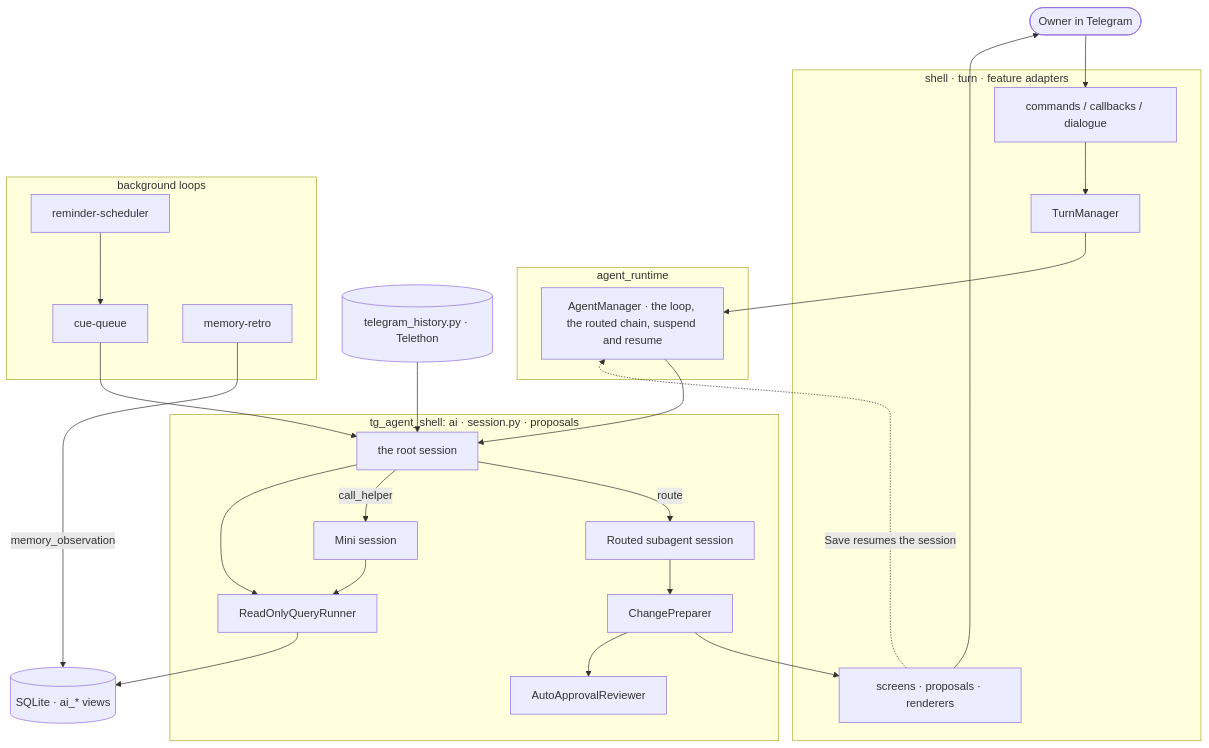
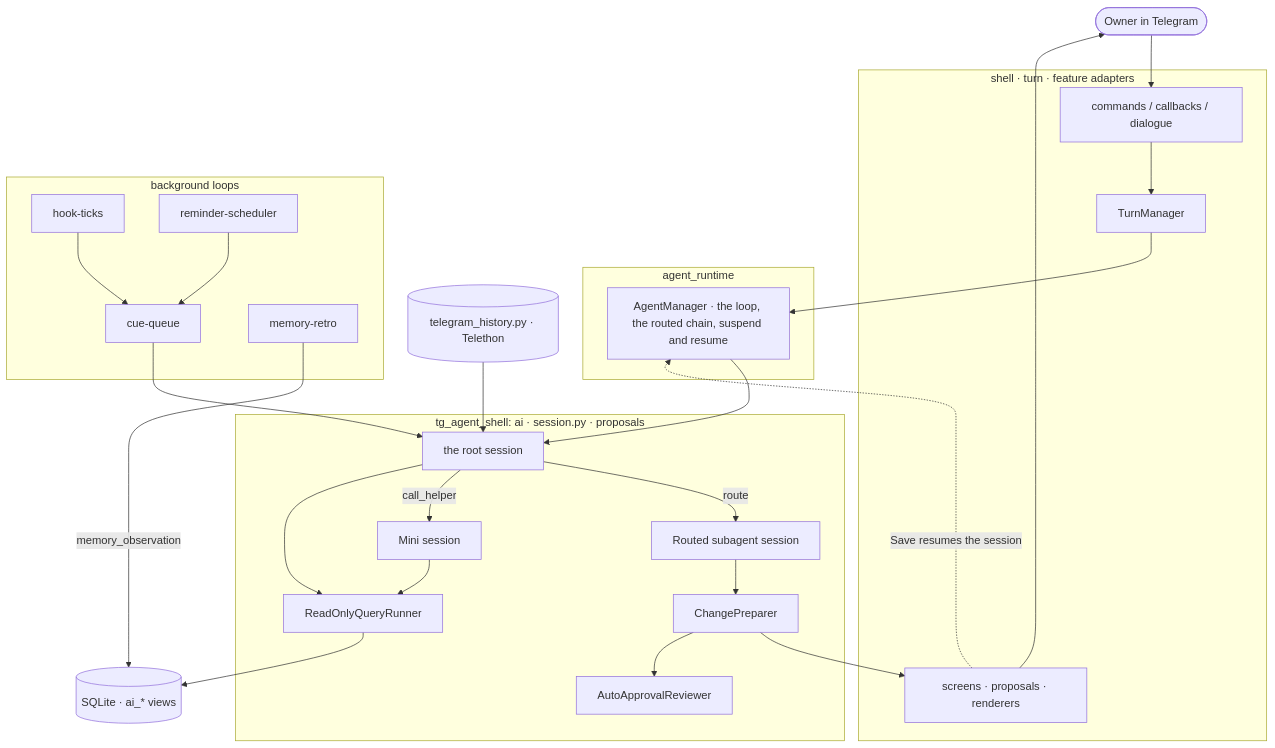
The third of 13 diagrams in docs/AGENT_ARCH.md (myvaheed/tg-ai-safwa), drawn with Mermaid before and after one commit. The commit also changed other lines of this file and 7 other files, not shown here.

````diff
--- a/docs/AGENT_ARCH.md
+++ b/docs/AGENT_ARCH.md
@@ -130,41 +131,43 @@
 ```mermaid
 flowchart TB
     OWNER([Owner in Telegram])
     subgraph TG[shell · turn · feature adapters]
         HANDLERS[commands / callbacks / dialogue]
         GUARD[TurnManager]
         SCREENS[screens · proposals · renderers]
     end
     subgraph RT[agent_runtime]
         MGR[AgentManager · the loop, the routed chain, suspend and resume]
     end
     subgraph AI[tg_agent_shell: ai · session.py · proposals]
         ADV[the root session]
         SUB[Routed subagent session]
         MINI[Mini session]
         PREP[ChangePreparer]
         AUTO[AutoApprovalReviewer]
         SQL[ReadOnlyQueryRunner]
     end
     subgraph BG[background loops]
         CUE[cue-queue]
+        TICK[hook-ticks]
         REM[reminder-scheduler]
         MEMR[memory-retro]
     end
     HIST[(telegram_history.py · Telethon)]
     DB[(SQLite · ai_* views)]
 
     OWNER --> HANDLERS --> GUARD --> MGR
     MGR --> ADV
     SCREENS -.->|Save resumes the session| MGR
     ADV -->|route| SUB
     ADV -->|call_helper| MINI
     SUB --> PREP --> SCREENS --> OWNER
     PREP --> AUTO
     ADV --> SQL --> DB
     MINI --> SQL
     HIST --> ADV
     CUE --> ADV
+    TICK --> CUE
     REM --> CUE
     MEMR -->|memory_observation| DB
 ```
````
